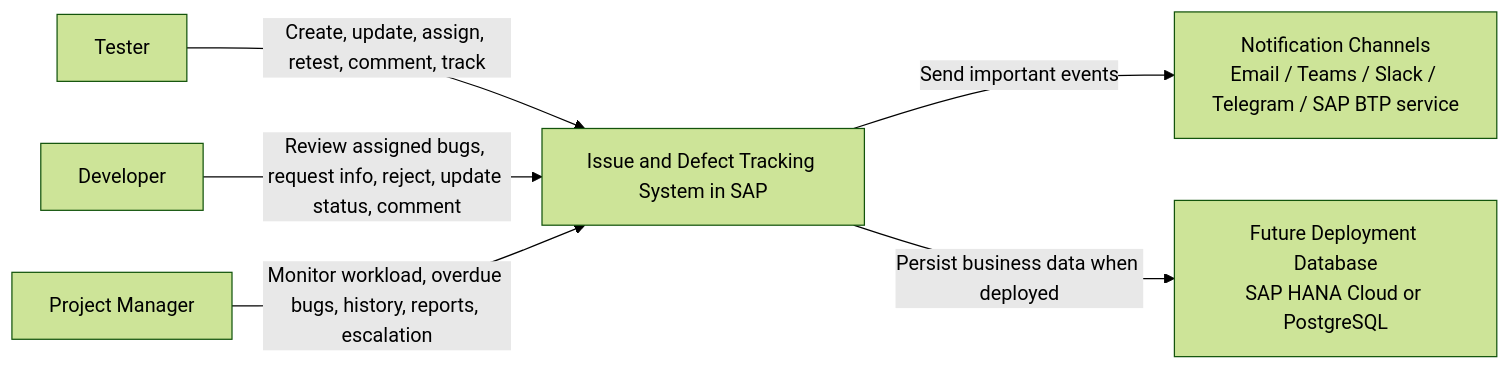
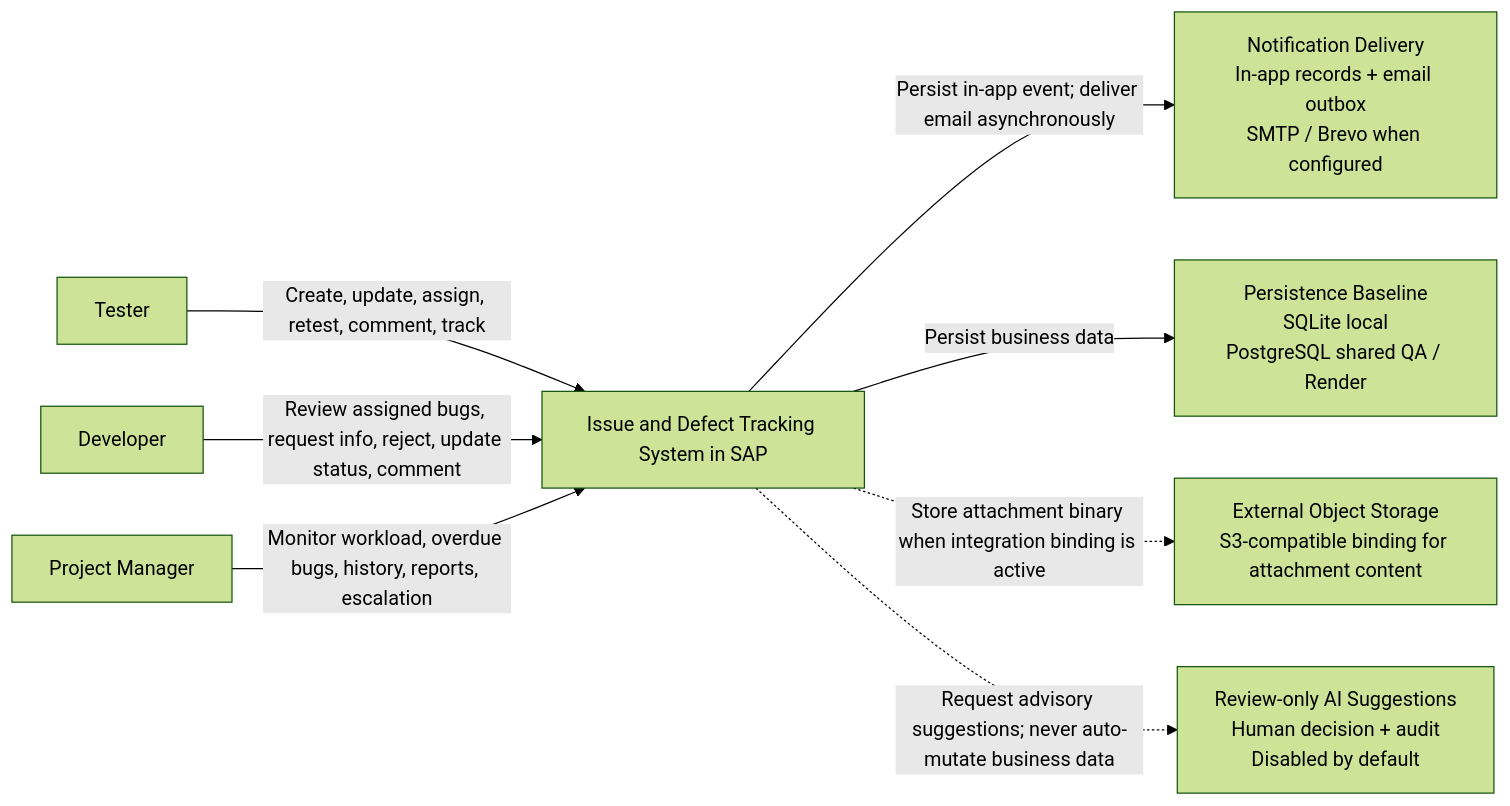
Before and after one commit to DarwinDO/IDTS-SAP01: the diagram in docs/diagrams/rendered/source/01-system-context.mmd, drawn with Mermaid (forest theme). The commit also changed 124 other files, not shown here.

```diff
--- a/docs/diagrams/rendered/source/01-system-context.mmd
+++ b/docs/diagrams/rendered/source/01-system-context.mmd
@@ -1,16 +1,20 @@
 flowchart LR
     Tester["Tester"]
     Developer["Developer"]
     PM["Project Manager"]
 
     IDTS["Issue and Defect Tracking System in SAP"]
 
-    NotificationChannels["Notification Channels\nEmail / Teams / Slack / Telegram / SAP BTP service"]
-    FutureDB["Future Deployment Database\nSAP HANA Cloud or PostgreSQL"]
+    Notifications["Notification Delivery\nIn-app records + email outbox\nSMTP / Brevo when configured"]
+    Data["Persistence Baseline\nSQLite local\nPostgreSQL shared QA / Render"]
+    ObjectStore["External Object Storage\nS3-compatible binding for attachment content"]
+    AI["Review-only AI Suggestions\nHuman decision + audit\nDisabled by default"]
 
     Tester -->|"Create, update, assign, retest, comment, track"| IDTS
     Developer -->|"Review assigned bugs, request info, reject, update status, comment"| IDTS
     PM -->|"Monitor workload, overdue bugs, history, reports, escalation"| IDTS
 
-    IDTS -->|"Send important events"| NotificationChannels
-    IDTS -->|"Persist business data when deployed"| FutureDB
+    IDTS -->|"Persist in-app event; deliver email asynchronously"| Notifications
+    IDTS -->|"Persist business data"| Data
+    IDTS -. "Store attachment binary when integration binding is active" .-> ObjectStore
+    IDTS -. "Request advisory suggestions; never auto-mutate business data" .-> AI
```
